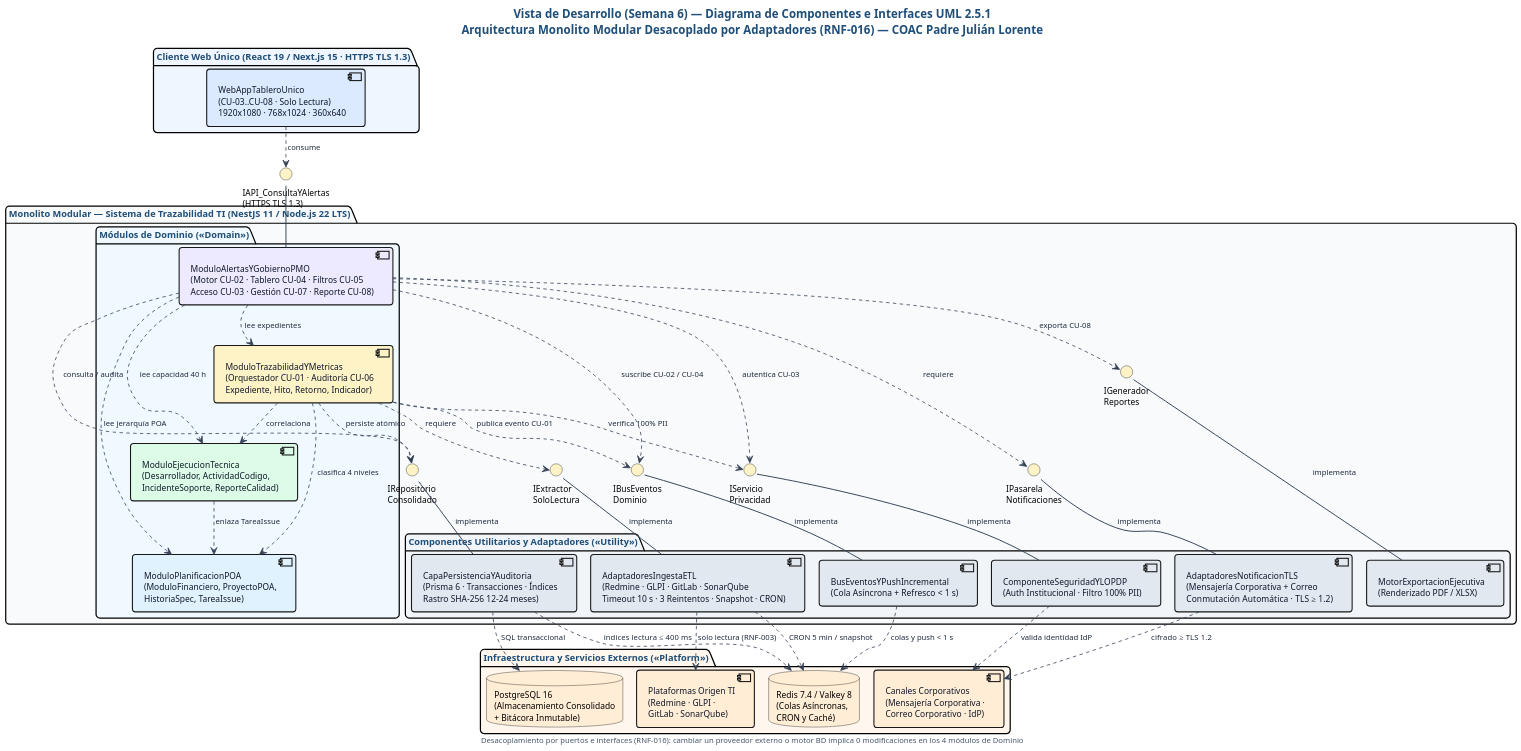
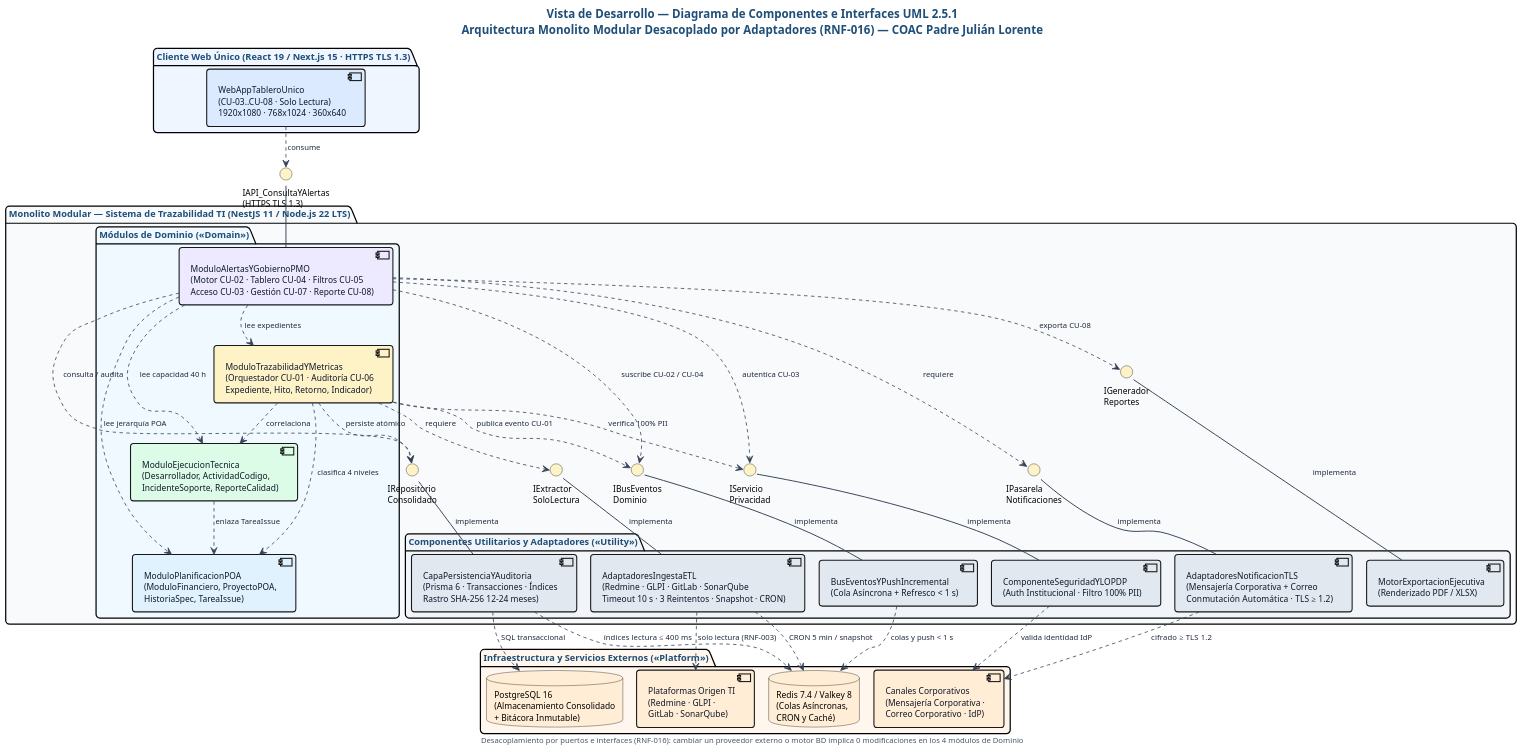
The diagram in docs/uml/diagrama-componentes-desarrollo.puml (ArquitecturaSoftwareEC-UNI/PadreJulianLorente_Trazabilidad), drawn with PlantUML before and after one commit. The commit also changed 9 other files, not shown here.

```diff
--- a/docs/uml/diagrama-componentes-desarrollo.puml
+++ b/docs/uml/diagrama-componentes-desarrollo.puml
@@ -1,143 +1,143 @@
 @startuml diagrama-componentes-desarrollo
 !pragma layout smetana
 top to bottom direction
 skinparam dpi 150
 skinparam roundcorner 10
 skinparam shadowing false
 skinparam defaultFontName SansSerif
 skinparam defaultFontSize 11
 skinparam nodesep 48
 skinparam ranksep 34
 
 <style>
 document {
   BackgroundColor #FFFFFF
 }
 title {
   FontName SansSerif
   FontSize 15
   FontStyle bold
   FontColor #1F4E78
 }
 footer {
   FontName SansSerif
   FontSize 10
   FontColor #475569
 }
 component {
   RoundCorner 8
   LineThickness 1.4
   FontColor #0F172A
 }
 package {
   LineThickness 1.6
   RoundCorner 10
   FontStyle bold
   FontSize 12
 }
 interface {
   BackgroundColor #FEF3C7
   BorderColor #B45309
 }
 arrow {
   LineColor #334155
   LineThickness 1.25
   FontColor #1E293B
   FontSize 10
 }
 </style>
 
-title Vista de Desarrollo (Semana 6) — Diagrama de Componentes e Interfaces UML 2.5.1\nArquitectura Monolito Modular Desacoplado por Adaptadores (RNF-016) — COAC Padre Julián Lorente
+title Vista de Desarrollo — Diagrama de Componentes e Interfaces UML 2.5.1\nArquitectura Monolito Modular Desacoplado por Adaptadores (RNF-016) — COAC Padre Julián Lorente
 
 ' ============================================================================
 ' FRONTERA DE PRESENTACIÓN (CLIENTE WEB ÚNICO SOLO LECTURA)
 ' ============================================================================
 package "Cliente Web Único (React 19 / Next.js 15 · HTTPS TLS 1.3)" as P_Web #EFF6FF {
   component "WebAppTableroUnico\n(CU-03..CU-08 · Solo Lectura)\n1920x1080 · 768x1024 · 360x640" as WebUI #DBEAFE
 }
 
 interface "IAPI_ConsultaYAlertas\n(HTTPS TLS 1.3)" as I_Web
 
 ' ============================================================================
 ' MONOLITO MODULAR BACKEND (NestJS 11 / TypeScript 5.7)
 ' ============================================================================
 package "Monolito Modular — Sistema de Trazabilidad TI (NestJS 11 / Node.js 22 LTS)" as P_Back #F8FAFC {
 
   package "Módulos de Dominio («Domain»)" as P_DomMod #F0F9FF {
     component "ModuloPlanificacionPOA\n(ModuloFinanciero, ProyectoPOA,\nHistoriaSpec, TareaIssue)" as Comp_Plan #E0F2FE
     component "ModuloEjecucionTecnica\n(Desarrollador, ActividadCodigo,\nIncidenteSoporte, ReporteCalidad)" as Comp_Ejec #DCFCE7
     component "ModuloTrazabilidadYMetricas\n(Orquestador CU-01 · Auditoría CU-06\nExpediente, Hito, Retorno, Indicador)" as Comp_Traz #FEF3C7
     component "ModuloAlertasYGobiernoPMO\n(Motor CU-02 · Tablero CU-04 · Filtros CU-05\nAcceso CU-03 · Gestión CU-07 · Reporte CU-08)" as Comp_Gov #EDE9FE
   }
 
   interface "IExtractor\nSoloLectura" as I_Ext
   interface "IBusEventos\nDominio" as I_Bus
   interface "IPasarela\nNotificaciones" as I_Not
   interface "IRepositorio\nConsolidado" as I_Repo
   interface "IServicio\nPrivacidad" as I_Seg
   interface "IGenerador\nReportes" as I_Rep
 
   package "Componentes Utilitarios y Adaptadores («Utility»)" as P_UtilMod #F1F5F9 {
     component "AdaptadoresIngestaETL\n(Redmine · GLPI · GitLab · SonarQube\nTimeout 10 s · 3 Reintentos · Snapshot · CRON)" as Comp_Int #E2E8F0
     component "BusEventosYPushIncremental\n(Cola Asíncrona + Refresco < 1 s)" as Comp_Bus #E2E8F0
     component "AdaptadoresNotificacionTLS\n(Mensajería Corporativa + Correo\nConmutación Automática · TLS ≥ 1.2)" as Comp_Not #E2E8F0
     component "CapaPersistenciaYAuditoria\n(Prisma 6 · Transacciones · Índices\nRastro SHA-256 12–24 meses)" as Comp_Pers #E2E8F0
     component "ComponenteSeguridadYLOPDP\n(Auth Institucional · Filtro 100% PII)" as Comp_Seg #E2E8F0
     component "MotorExportacionEjecutiva\n(Renderizado PDF / XLSX)" as Comp_Rep #E2E8F0
   }
 }
 
 ' ============================================================================
 ' PLATAFORMAS EXTERNAS E INFRAESTRUCTURA («Platform»)
 ' ============================================================================
 package "Infraestructura y Servicios Externos («Platform»)" as P_Infra #FFF7ED {
   database "PostgreSQL 16\n(Almacenamiento Consolidado\n+ Bitácora Inmutable)" as DB #FFEDD5
   database "Redis 7.4 / Valkey 8\n(Colas Asíncronas,\nCRON y Caché)" as Cache #FFEDD5
   component "Plataformas Origen TI\n(Redmine · GLPI ·\nGitLab · SonarQube)" as ExtTI #FFEDD5
   component "Canales Corporativos\n(Mensajería Corporativa ·\nCorreo Corporativo · IdP)" as ExtCan #FFEDD5
 }
 
 ' ============================================================================
 ' CONEXIONES POR INTERFACES (INVERSIÓN DE DEPENDENCIAS — 0 CICLOS)
 ' ============================================================================
 WebUI ..> I_Web : consume
 I_Web -- Comp_Gov
 
 Comp_Gov ..> Comp_Traz : lee expedientes
 Comp_Gov ..> Comp_Ejec : lee capacidad 40 h
 Comp_Gov ..> Comp_Plan : lee jerarquía POA
 Comp_Traz ..> Comp_Ejec : correlaciona
 Comp_Traz ..> Comp_Plan : clasifica 4 niveles
 Comp_Ejec ..> Comp_Plan : enlaza TareaIssue
 
 Comp_Traz ..> I_Ext : requiere
 I_Ext -- Comp_Int : implementa
 
 Comp_Traz ..> I_Bus : publica evento CU-01
 I_Bus -- Comp_Bus : implementa
 Comp_Gov ..> I_Bus : suscribe CU-02 / CU-04
 
 Comp_Gov ..> I_Not : requiere
 I_Not -- Comp_Not : implementa
 
 Comp_Traz ..> I_Repo : persiste atómico
 Comp_Gov ..> I_Repo : consulta / audita
 I_Repo -- Comp_Pers : implementa
 
 Comp_Traz ..> I_Seg : verifica 100% PII
 Comp_Gov ..> I_Seg : autentica CU-03
 I_Seg -- Comp_Seg : implementa
 
 Comp_Gov ..> I_Rep : exporta CU-08
 I_Rep -- Comp_Rep : implementa
 
 Comp_Int ..> ExtTI : solo lectura (RNF-003)
 Comp_Int ..> Cache : CRON 5 min / snapshot
 Comp_Bus ..> Cache : colas y push < 1 s
 Comp_Not ..> ExtCan : cifrado ≥ TLS 1.2
 Comp_Seg ..> ExtCan : valida identidad IdP
 Comp_Pers ..> DB : SQL transaccional
 Comp_Pers ..> Cache : índices lectura ≤ 400 ms
 
 footer Desacoplamiento por puertos e interfaces (RNF-016): cambiar un proveedor externo o motor BD implica 0 modificaciones en los 4 módulos de Dominio
 @enduml
```
